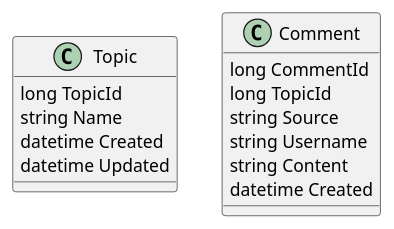
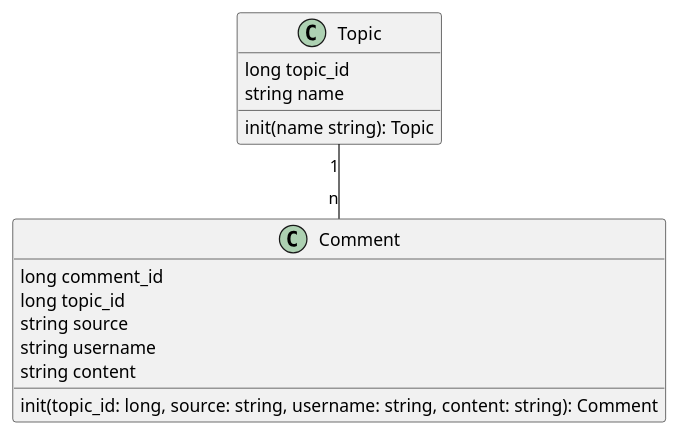
The diagram in docs/comment/class_diagram.puml (liulnn/plant), drawn with PlantUML before and after one commit. The commit also changed 3 other files, not shown here.

Commit message:
update class diagram

```diff
--- a/docs/comment/class_diagram.puml
+++ b/docs/comment/class_diagram.puml
@@ -1,20 +1,23 @@
 @startuml
 
 class Topic {
-    long TopicId
-    string Name
-    datetime Created
-    datetime Updated
+    long topic_id
+    string name
+
+    init(name string): Topic
 }
 
 class Comment {
-	long CommentId
-    long TopicId
-	string Source
-	string Username
-    string Content
-    datetime Created
+	long comment_id
+    long topic_id
+	string source
+	string username
+    string content
+
+    init(topic_id: long, source: string, username: string, content: string): Comment
 }
+
+Topic "1" -- "n" Comment
 
 
 @enduml
```
